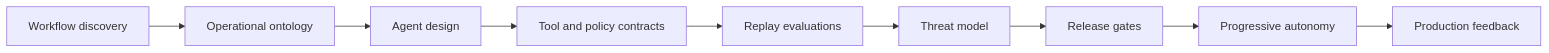
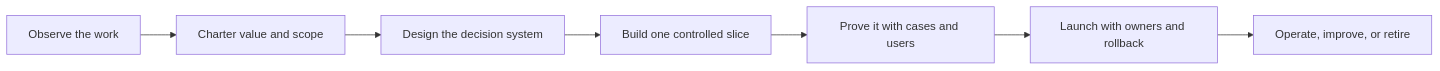
One commit to davidahmann/fde-guide changed the diagram in README.md. Above: the diagram before and after it, drawn with Mermaid. The commit also changed other lines of this file and 135 other files, not shown here.

First line of the commit message:
Build production agent engineering FDE guide

````diff
--- a/README.md
+++ b/README.md
@@ -27,11 +44,9 @@
 ```mermaid
 flowchart LR
-    A["Workflow discovery"] --> B["Operational ontology"]
-    B --> C["Agent design"]
-    C --> D["Tool and policy contracts"]
-    D --> E["Replay evaluations"]
-    E --> F["Threat model"]
-    F --> G["Release gates"]
-    G --> H["Progressive autonomy"]
-    H --> I["Production feedback"]
+    A["Observe the work"] --> B["Charter value and scope"]
+    B --> C["Design the decision system"]
+    C --> D["Build one controlled slice"]
+    D --> E["Prove it with cases and users"]
+    E --> F["Launch with owners and rollback"]
+    F --> G["Operate, improve, or retire"]
 ```
````
